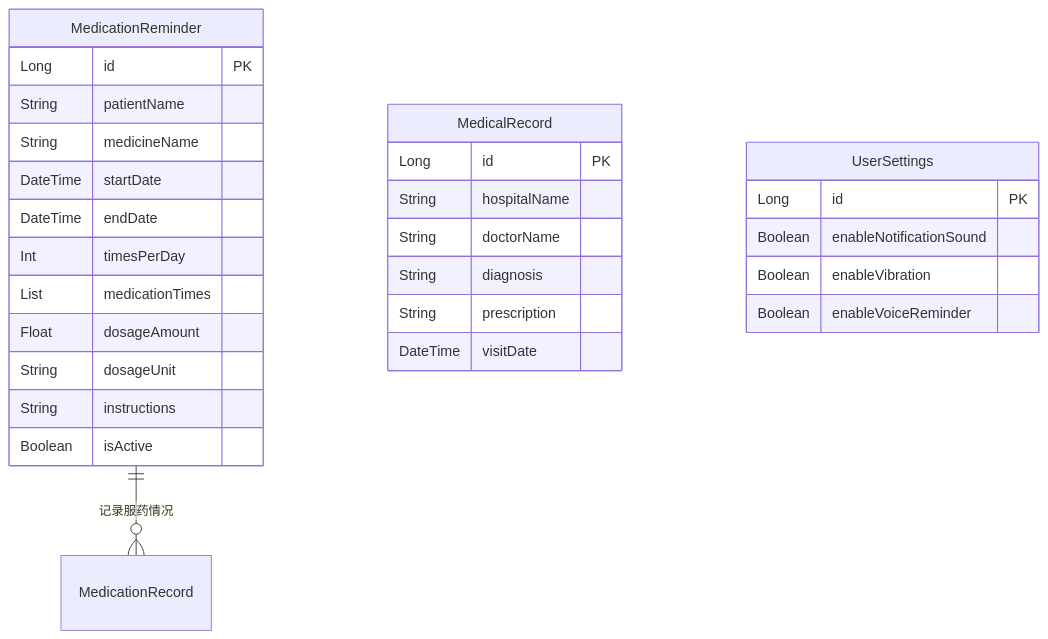
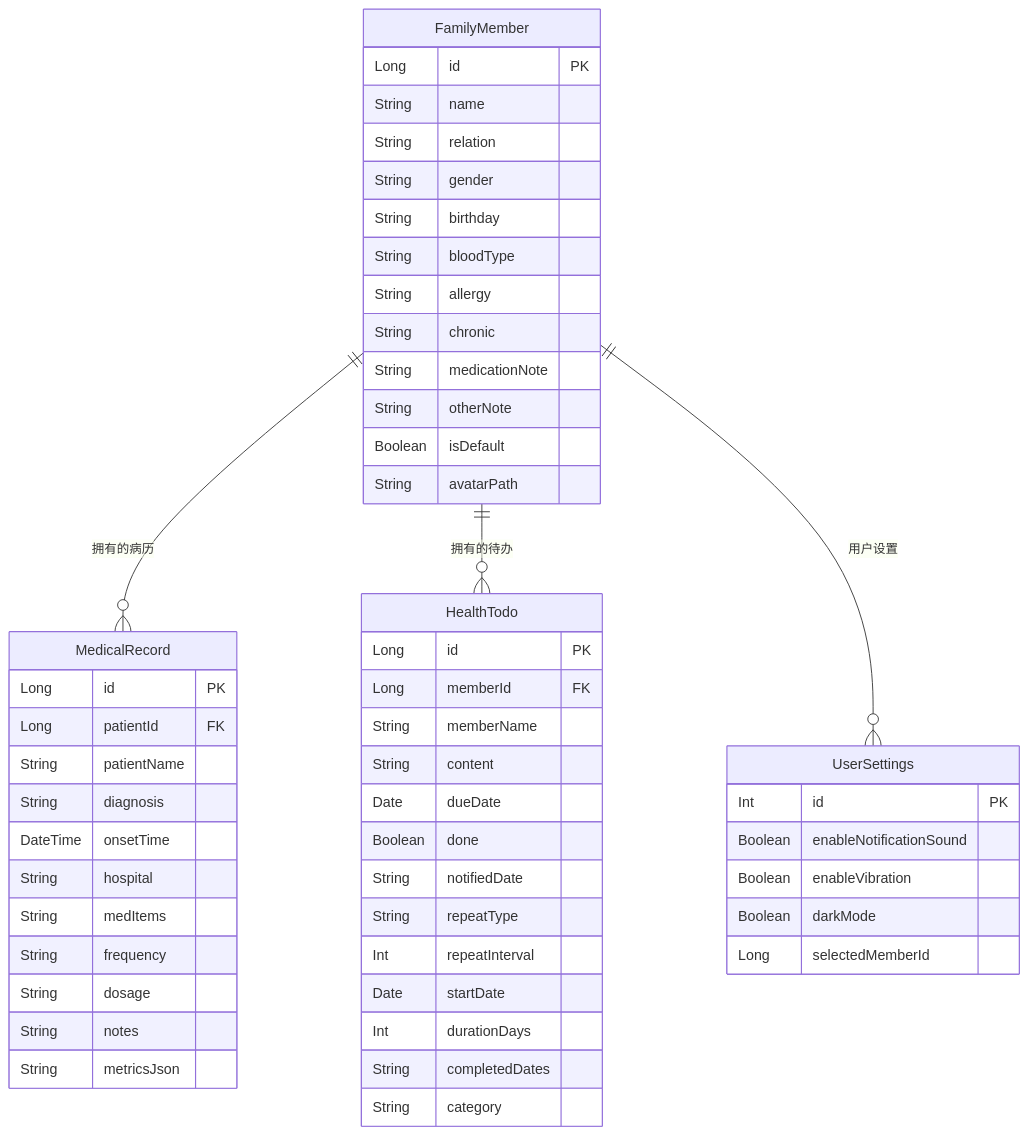
Before and after one commit to adra2n/medtrace: the fourth of 5 diagrams in DESIGN.md, drawn with Mermaid. The commit also changed other lines of this file and 11 other files, not shown here.

````diff
--- a/DESIGN.md
+++ b/DESIGN.md
@@ -280,61 +228,59 @@
 ```mermaid
-
 erDiagram
-
-MedicationReminder ||--o{ MedicationRecord : "记录服药情况"
-
-MedicationReminder {
-
-Long id PK
-
-String patientName
-
-String medicineName
-
-DateTime startDate
-
-DateTime endDate
-
-Int timesPerDay
-
-List medicationTimes
-
-Float dosageAmount
-
-String dosageUnit
-
-String instructions
-
-Boolean isActive
-
-}
-
-MedicalRecord {
-
-Long id PK
-
-String hospitalName
-
-String doctorName
-
-String diagnosis
-
-String prescription
-
-DateTime visitDate
-
-}
-
-UserSettings {
-
-Long id PK
-
-Boolean enableNotificationSound
-
-Boolean enableVibration
-
-Boolean enableVoiceReminder
-
-}
-
+    FamilyMember ||--o{ MedicalRecord : "拥有的病历"
+    FamilyMember ||--o{ HealthTodo : "拥有的待办"
+    FamilyMember ||--o{ UserSettings : "用户设置"
+    
+    FamilyMember {
+        Long id PK
+        String name
+        String relation
+        String gender
+        String birthday
+        String bloodType
+        String allergy
+        String chronic
+        String medicationNote
+        String otherNote
+        Boolean isDefault
+        String avatarPath
+    }
+    
+    MedicalRecord {
+        Long id PK
+        Long patientId FK
+        String patientName
+        String diagnosis
+        DateTime onsetTime
+        String hospital
+        String medItems
+        String frequency
+        String dosage
+        String notes
+        String metricsJson
+    }
+    
+    HealthTodo {
+        Long id PK
+        Long memberId FK
+        String memberName
+        String content
+        Date dueDate
+        Boolean done
+        String notifiedDate
+        String repeatType
+        Int repeatInterval
+        Date startDate
+        Int durationDays
+        String completedDates
+        String category
+    }
+    
+    UserSettings {
+        Int id PK
+        Boolean enableNotificationSound
+        Boolean enableVibration
+        Boolean darkMode
+        Long selectedMemberId
+    }
 ```
````
